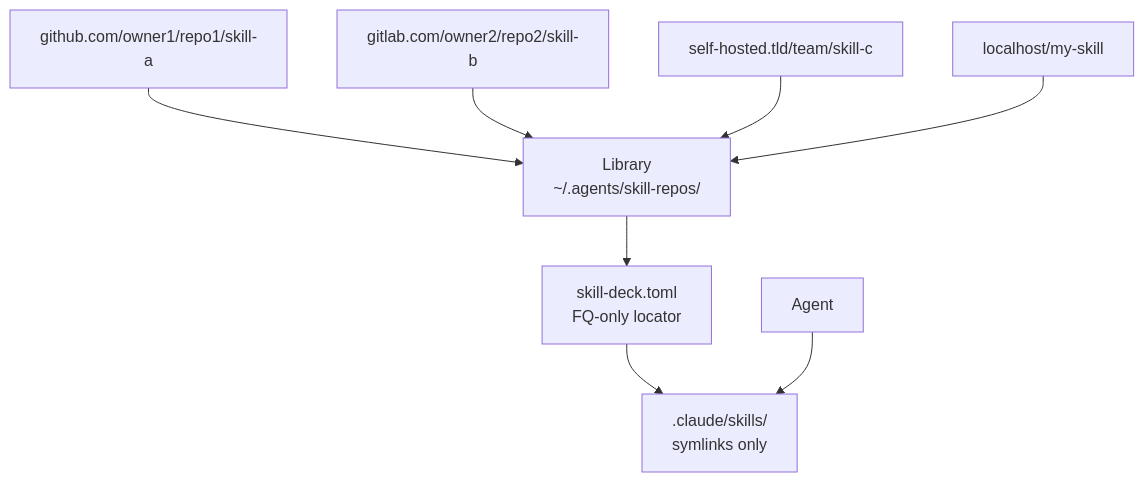
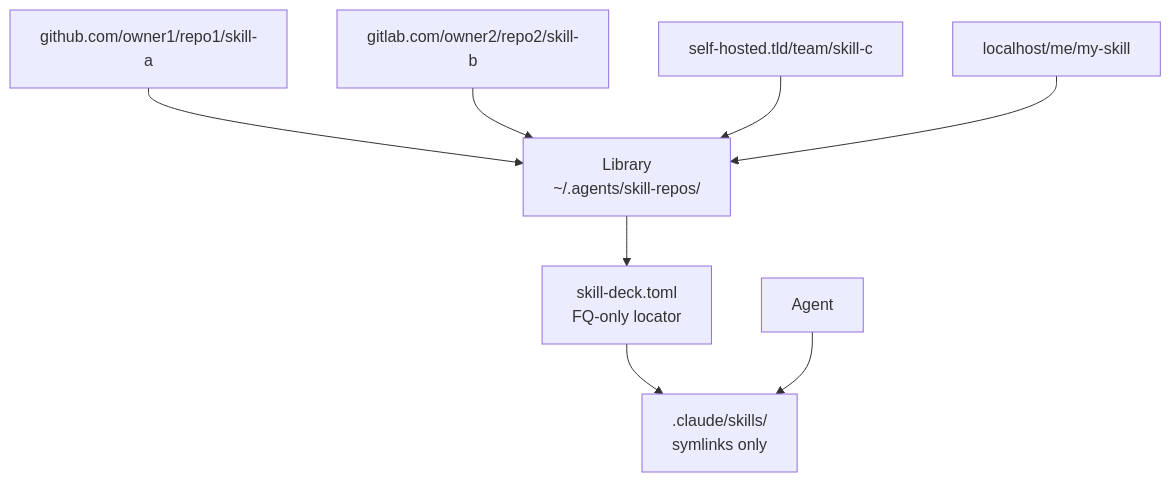
The sixth of 13 diagrams in cortex/wiki/01-patterns/2026-05-02-skills-as-flat-controllers-evolution.md (lythos-labs/lythoskill), drawn with Mermaid before and after one commit. The commit also changed other lines of this file, not shown here.

First line of the commit message:
fix(wiki): fork skill localhost FQ — localhost/me/<fork> not localhost/<fork>

````diff
--- a/cortex/wiki/01-patterns/2026-05-02-skills-as-flat-controllers-evolution.md
+++ b/cortex/wiki/01-patterns/2026-05-02-skills-as-flat-controllers-evolution.md
@@ -383,14 +383,14 @@
 ```mermaid
 graph TD
   GH1[github.com/owner1/repo1/skill-a]
   GL1[gitlab.com/owner2/repo2/skill-b]
   Self[self-hosted.tld/team/skill-c]
-  Local[localhost/my-skill]
+  Local[localhost/me/my-skill]
   GH1 --> Library[Library<br/>~/.agents/skill-repos/]
   GL1 --> Library
   Self --> Library
   Local --> Library
   Library --> Deck[skill-deck.toml<br/>FQ-only locator]
   Deck --> WorkingSet[.claude/skills/<br/>symlinks only]
   Agent --> WorkingSet
 ```
````
